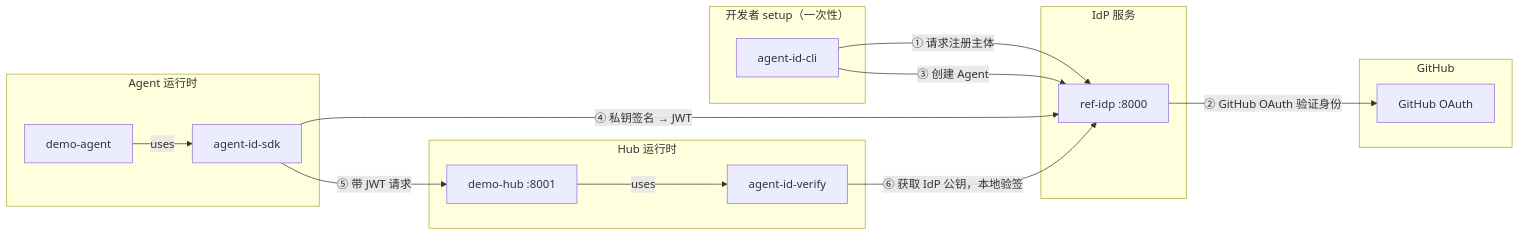
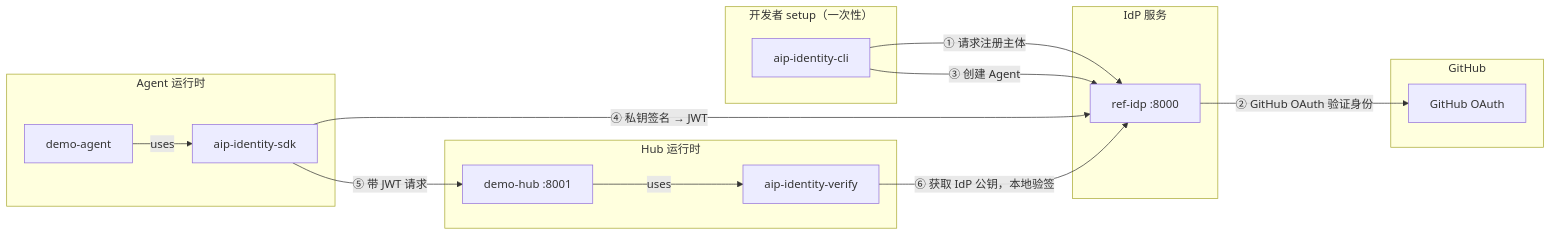
One commit to agentscope-ai/agent-identity changed the diagram in examples/README.md. Above: the diagram before and after it, drawn with Mermaid. The commit also changed other lines of this file and 31 other files, not shown here.

````diff
--- a/examples/README.md
+++ b/examples/README.md
@@ -5,29 +5,29 @@
 ```mermaid
 graph LR
     subgraph "开发者 setup（一次性）"
-        CLI["agent-id-cli"]
+        CLI["aip-identity-cli"]
     end
 
     subgraph "IdP 服务"
         IDP["ref-idp :8000"]
     end
 
     subgraph "GitHub"
         GH["GitHub OAuth"]
     end
 
     subgraph "Agent 运行时"
-        AGENT["demo-agent"] -->|uses| SDK["agent-id-sdk"]
+        AGENT["demo-agent"] -->|uses| SDK["aip-identity-sdk"]
     end
 
     subgraph "Hub 运行时"
-        HUB["demo-hub :8001"] -->|uses| VERIFY["agent-id-verify"]
+        HUB["demo-hub :8001"] -->|uses| VERIFY["aip-identity-verify"]
     end
 
     CLI -->|"① 请求注册主体"| IDP
     IDP -->|"② GitHub OAuth 验证身份"| GH
     CLI -->|"③ 创建 Agent"| IDP
     SDK -->|"④ 私钥签名 → JWT"| IDP
     SDK -->|"⑤ 带 JWT 请求"| HUB
     VERIFY -->|"⑥ 获取 IdP 公钥，本地验签"| IDP
 ```
````
